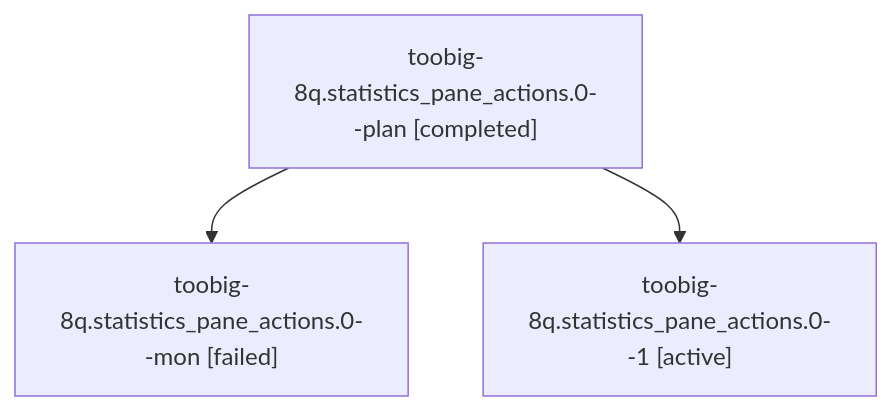
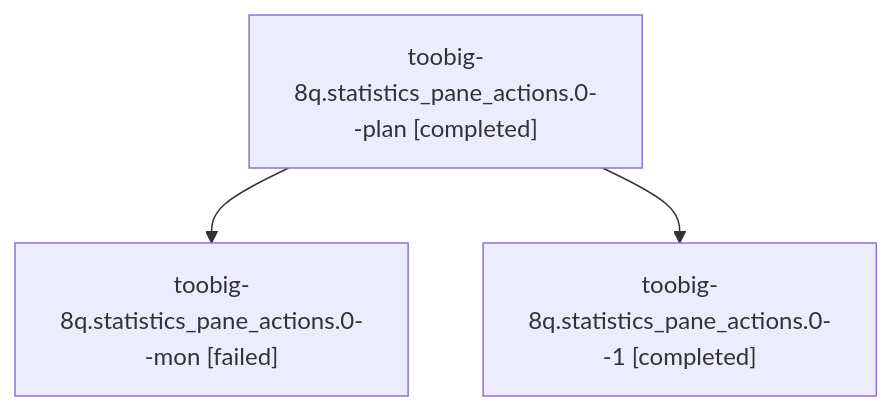
Before and after one commit to sase-org/sase--agents: the diagram in sessions/bbugyi200.athena.toobig-8q.statistics_pane_actions.0.md, drawn with Mermaid. The commit also changed other lines of this file and 24 other files, not shown here.

````diff
--- a/sessions/bbugyi200.athena.toobig-8q.statistics_pane_actions.0.md
+++ b/sessions/bbugyi200.athena.toobig-8q.statistics_pane_actions.0.md
@@ -9,8 +9,8 @@
 ```mermaid
 flowchart TD
   n0["toobig-8q.statistics_pane_actions.0--plan [completed]"]
   n1["toobig-8q.statistics_pane_actions.0--mon [failed]"]
   n0 --> n1
-  n2["toobig-8q.statistics_pane_actions.0--1 [active]"]
+  n2["toobig-8q.statistics_pane_actions.0--1 [completed]"]
   n0 --> n2
 ```
````
